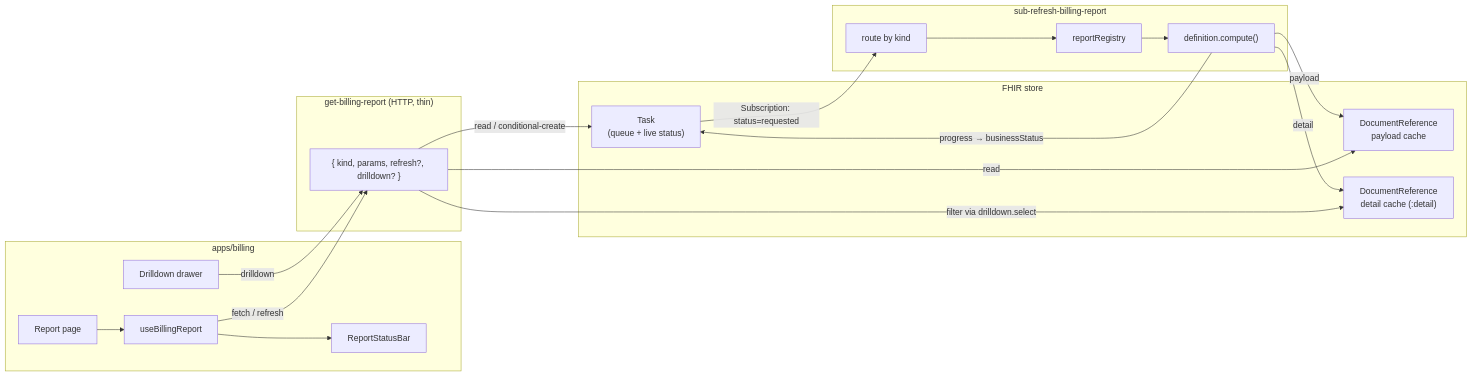
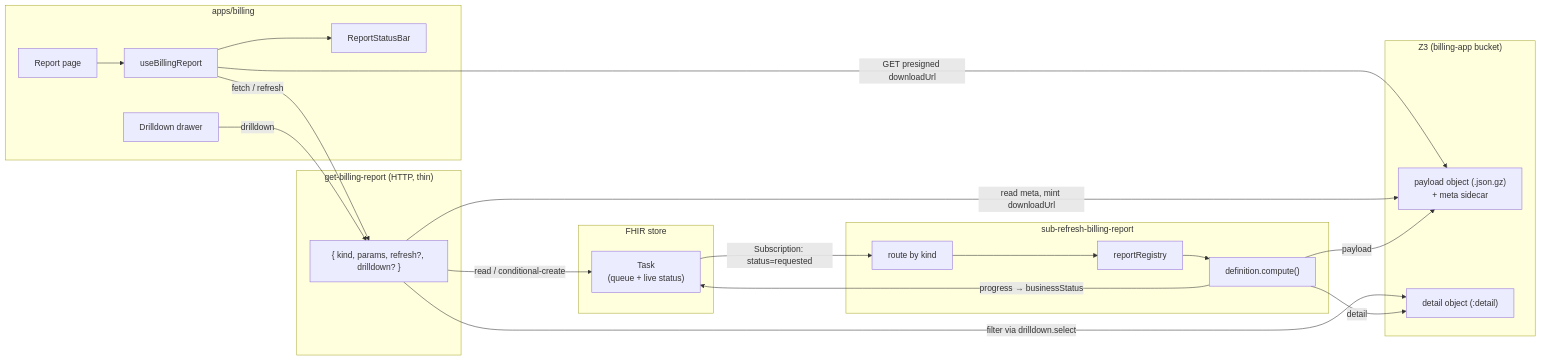
The first of 3 diagrams in docs/billing-report-refresh-framework.md (masslight/ottehr), drawn with Mermaid before and after one commit. The commit also changed other lines of this file and 6 other files, not shown here.

Commit message:
update billing framework to store report cache in z3

````diff
--- a/docs/billing-report-refresh-framework.md
+++ b/docs/billing-report-refresh-framework.md
@@ -28,33 +30,37 @@
 ```mermaid
 flowchart LR
     subgraph Frontend["apps/billing"]
         Page["Report page"] --> Hook["useBillingReport"]
         Hook --> StatusBar["ReportStatusBar"]
         Drawer["Drilldown drawer"]
     end
 
     subgraph HTTP["get-billing-report (HTTP, thin)"]
         GetReport["{ kind, params, refresh?, drilldown? }"]
     end
 
     subgraph FHIR["FHIR store"]
         TaskR["Task<br/>(queue + live status)"]
-        Cache["DocumentReference<br/>payload cache"]
-        Detail["DocumentReference<br/>detail cache (:detail)"]
+    end
+
+    subgraph Z3["Z3 (billing-app bucket)"]
+        Cache["payload object (.json.gz)<br/>+ meta sidecar"]
+        Detail["detail object (:detail)"]
     end
 
     subgraph Worker["sub-refresh-billing-report"]
         Sub["route by kind"] --> Registry["reportRegistry"]
         Registry --> Compute["definition.compute()"]
     end
 
     Hook -- "fetch / refresh" --> GetReport
+    Hook -- "GET presigned downloadUrl" --> Cache
     Drawer -- "drilldown" --> GetReport
-    GetReport -- read --> Cache
+    GetReport -- "read meta, mint downloadUrl" --> Cache
     GetReport -- "filter via drilldown.select" --> Detail
     GetReport -- "read / conditional-create" --> TaskR
     TaskR -- "Subscription: status=requested" --> Sub
     Compute -- "progress → businessStatus" --> TaskR
     Compute -- "payload" --> Cache
     Compute -- "detail" --> Detail
 ```
````
